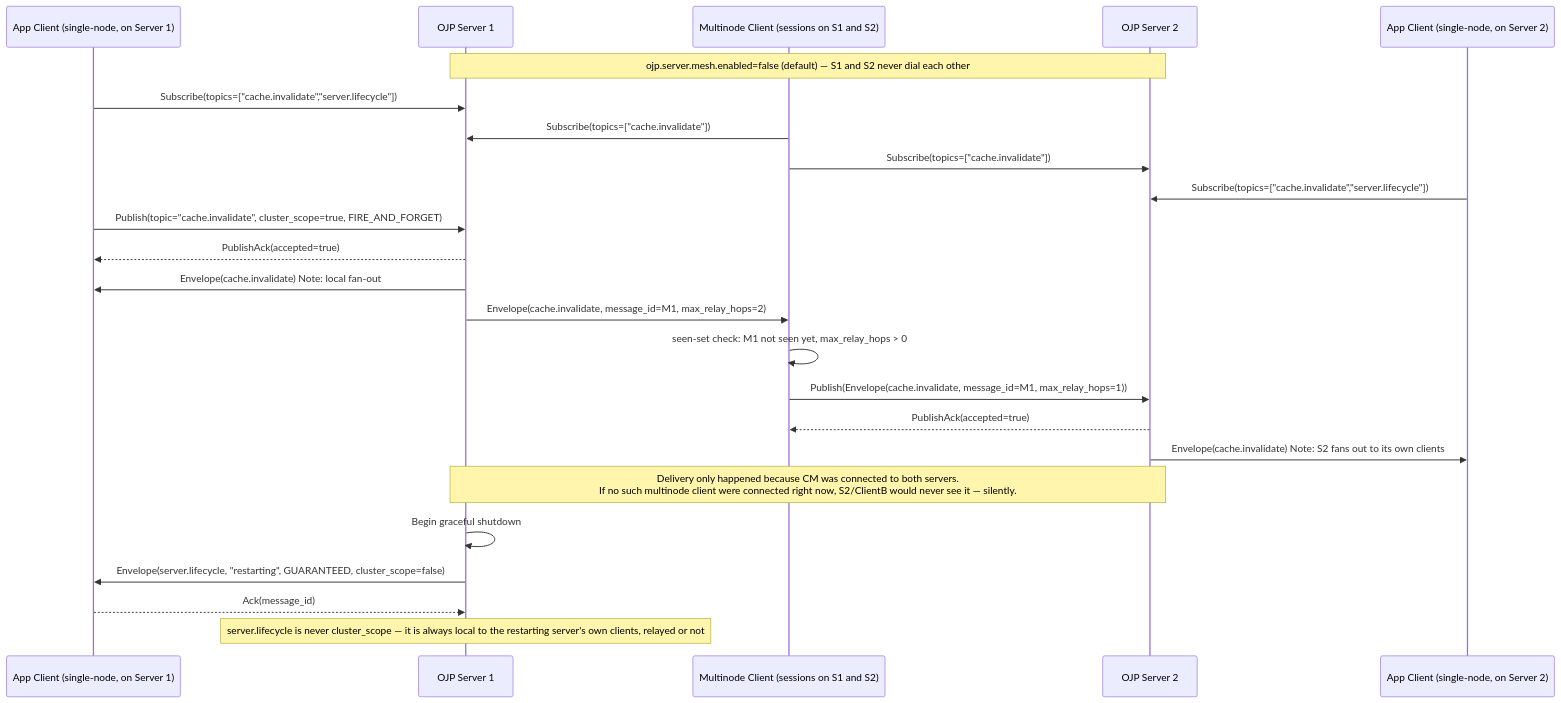
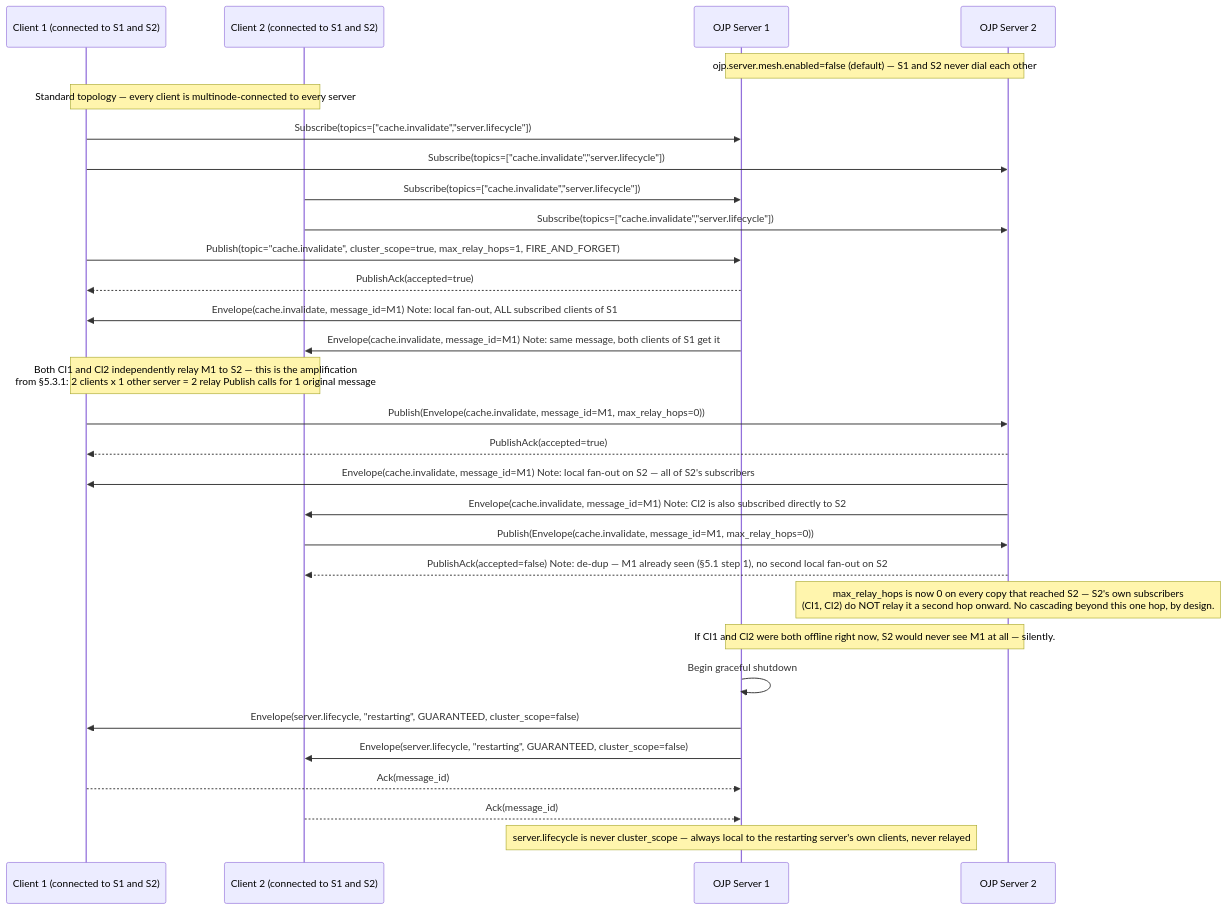
The fifth of 6 diagrams in documents/analysis/OJP_MESSAGING_PROTOCOL_ANALYSIS.md (Open-JDBC-Proxy/ojp), drawn with Mermaid before and after one commit. The commit also changed other lines of this file and 2 other files, not shown here.

````diff
--- a/documents/analysis/OJP_MESSAGING_PROTOCOL_ANALYSIS.md
+++ b/documents/analysis/OJP_MESSAGING_PROTOCOL_ANALYSIS.md
@@ -620,32 +1021,40 @@
 ```mermaid
 sequenceDiagram
-    participant ClientA as App Client (single-node, on Server 1)
+    participant Cl1 as Client 1 (connected to S1 and S2)
+    participant Cl2 as Client 2 (connected to S1 and S2)
     participant S1 as OJP Server 1
-    participant CM as Multinode Client (sessions on S1 and S2)
     participant S2 as OJP Server 2
-    participant ClientB as App Client (single-node, on Server 2)
 
     Note over S1,S2: ojp.server.mesh.enabled=false (default) — S1 and S2 never dial each other
+    Note over Cl1,Cl2: Standard topology — every client is multinode-connected to every server
 
-    ClientA->>S1: Subscribe(topics=["cache.invalidate","server.lifecycle"])
-    CM->>S1: Subscribe(topics=["cache.invalidate"])
-    CM->>S2: Subscribe(topics=["cache.invalidate"])
-    ClientB->>S2: Subscribe(topics=["cache.invalidate","server.lifecycle"])
+    Cl1->>S1: Subscribe(topics=["cache.invalidate","server.lifecycle"])
+    Cl1->>S2: Subscribe(topics=["cache.invalidate","server.lifecycle"])
+    Cl2->>S1: Subscribe(topics=["cache.invalidate","server.lifecycle"])
+    Cl2->>S2: Subscribe(topics=["cache.invalidate","server.lifecycle"])
 
-    ClientA->>S1: Publish(topic="cache.invalidate", cluster_scope=true, FIRE_AND_FORGET)
-    S1-->>ClientA: PublishAck(accepted=true)
-    S1->>ClientA: Envelope(cache.invalidate)  Note: local fan-out
-    S1->>CM: Envelope(cache.invalidate, message_id=M1, max_relay_hops=2)
+    Cl1->>S1: Publish(topic="cache.invalidate", cluster_scope=true, max_relay_hops=1, FIRE_AND_FORGET)
+    S1-->>Cl1: PublishAck(accepted=true)
+    S1->>Cl1: Envelope(cache.invalidate, message_id=M1)  Note: local fan-out, ALL subscribed clients of S1
+    S1->>Cl2: Envelope(cache.invalidate, message_id=M1)  Note: same message, both clients of S1 get it
 
-    CM->>CM: seen-set check: M1 not seen yet, max_relay_hops > 0
-    CM->>S2: Publish(Envelope(cache.invalidate, message_id=M1, max_relay_hops=1))
-    S2-->>CM: PublishAck(accepted=true)
-    S2->>ClientB: Envelope(cache.invalidate)  Note: S2 fans out to its own clients
+    Note over Cl1,Cl2: Both Cl1 and Cl2 independently relay M1 to S2 — this is the amplification<br/>from §5.3.1: 2 clients x 1 other server = 2 relay Publish calls for 1 original message
+    Cl1->>S2: Publish(Envelope(cache.invalidate, message_id=M1, max_relay_hops=0))
+    S2-->>Cl1: PublishAck(accepted=true)
+    S2->>Cl1: Envelope(cache.invalidate, message_id=M1)  Note: local fan-out on S2 — all of S2's subscribers
+    S2->>Cl2: Envelope(cache.invalidate, message_id=M1)  Note: Cl2 is also subscribed directly to S2
 
-    Note over S1,S2: Delivery only happened because CM was connected to both servers.<br/>If no such multinode client were connected right now, S2/ClientB would never see it — silently.
+    Cl2->>S2: Publish(Envelope(cache.invalidate, message_id=M1, max_relay_hops=0))
+    S2-->>Cl2: PublishAck(accepted=false)  Note: de-dup — M1 already seen (§5.1 step 1), no second local fan-out on S2
+
+    Note over S2: max_relay_hops is now 0 on every copy that reached S2 — S2's own subscribers<br/>(Cl1, Cl2) do NOT relay it a second hop onward. No cascading beyond this one hop, by design.
+
+    Note over S1,S2: If Cl1 and Cl2 were both offline right now, S2 would never see M1 at all — silently.
 
     S1->>S1: Begin graceful shutdown
-    S1->>ClientA: Envelope(server.lifecycle, "restarting", GUARANTEED, cluster_scope=false)
-    ClientA-->>S1: Ack(message_id)
-    Note over S1: server.lifecycle is never cluster_scope — it is always local to the restarting server's own clients, relayed or not
+    S1->>Cl1: Envelope(server.lifecycle, "restarting", GUARANTEED, cluster_scope=false)
+    S1->>Cl2: Envelope(server.lifecycle, "restarting", GUARANTEED, cluster_scope=false)
+    Cl1-->>S1: Ack(message_id)
+    Cl2-->>S1: Ack(message_id)
+    Note over S1: server.lifecycle is never cluster_scope — always local to the restarting server's own clients, never relayed
 ```
````
